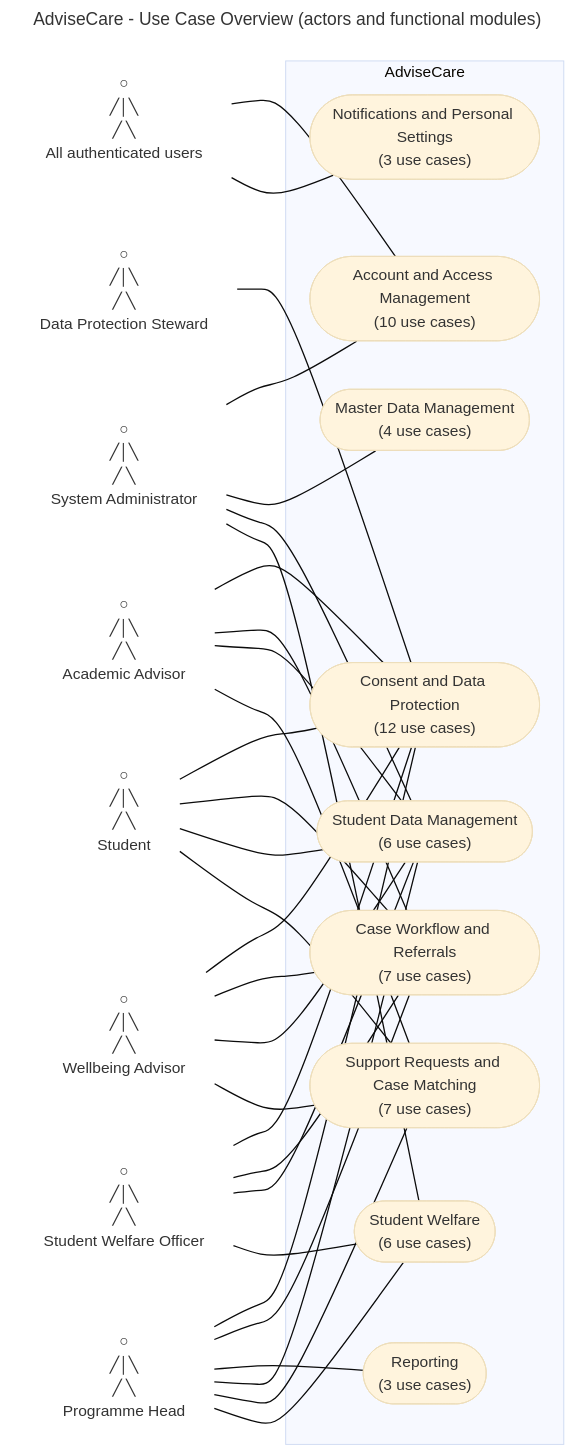
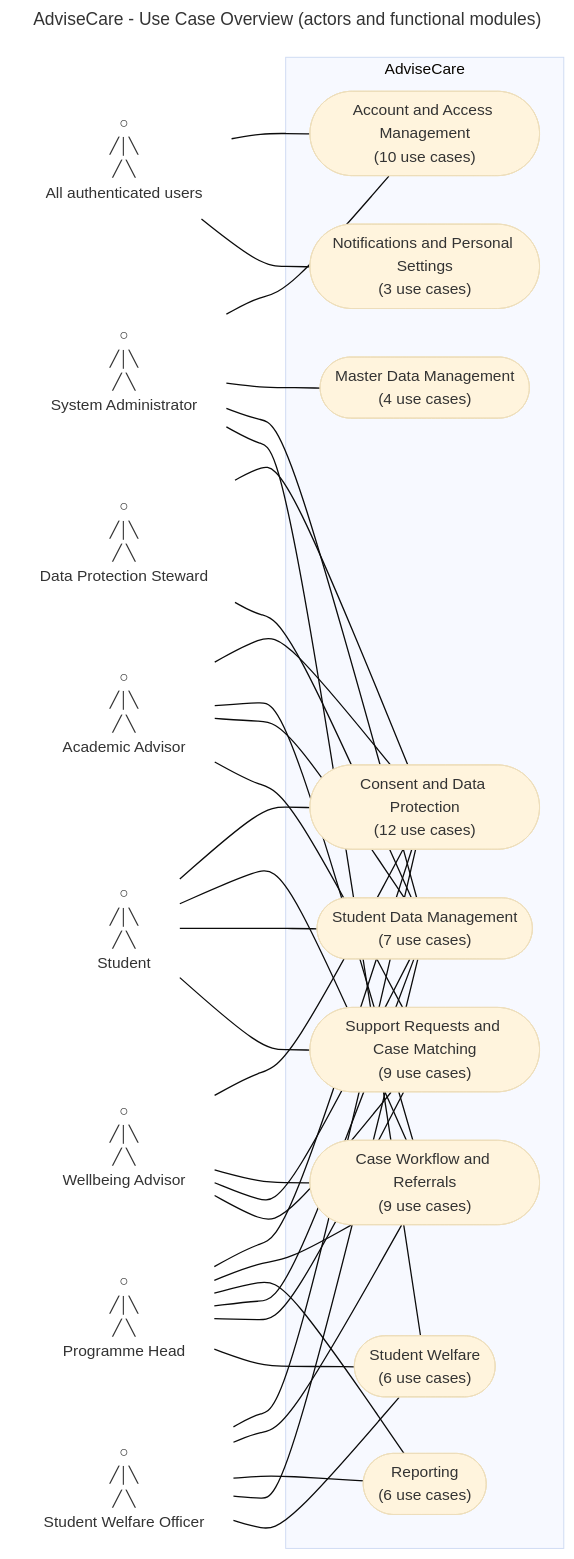
One commit to DanieLsvenn/AdviseCare changed the diagram in Mermaid/Report 3/Use Case/Use_Case_0_Overview.mmd. Above: the diagram before and after it, drawn with Mermaid (base theme). The commit also changed 131 other files, not shown here.

```diff
--- a/Mermaid/Report 3/Use Case/Use_Case_0_Overview.mmd
+++ b/Mermaid/Report 3/Use Case/Use_Case_0_Overview.mmd
@@ -1,55 +1,57 @@
 ---
 title: AdviseCare - Use Case Overview (actors and functional modules)
 ---
 flowchart LR
     ALL["○<br/>╱│╲<br/>╱ ╲<br/>All authenticated users"]
     ADM["○<br/>╱│╲<br/>╱ ╲<br/>System Administrator"]
     STW["○<br/>╱│╲<br/>╱ ╲<br/>Data Protection Steward"]
     AA["○<br/>╱│╲<br/>╱ ╲<br/>Academic Advisor"]
     WA["○<br/>╱│╲<br/>╱ ╲<br/>Wellbeing Advisor"]
     SWO["○<br/>╱│╲<br/>╱ ╲<br/>Student Welfare Officer"]
     STU["○<br/>╱│╲<br/>╱ ╲<br/>Student"]
     PH["○<br/>╱│╲<br/>╱ ╲<br/>Programme Head"]
     subgraph SYS["AdviseCare"]
         ACC(["Account and Access Management<br/>(10 use cases)"])
         MST(["Master Data Management<br/>(4 use cases)"])
         NTF(["Notifications and Personal Settings<br/>(3 use cases)"])
         CON(["Consent and Data Protection<br/>(12 use cases)"])
-        SDA(["Student Data Management<br/>(6 use cases)"])
-        SUP(["Support Requests and Case Matching<br/>(7 use cases)"])
-        CWF(["Case Workflow and Referrals<br/>(7 use cases)"])
+        SDA(["Student Data Management<br/>(7 use cases)"])
+        SUP(["Support Requests and Case Matching<br/>(9 use cases)"])
+        CWF(["Case Workflow and Referrals<br/>(9 use cases)"])
         WEL(["Student Welfare<br/>(6 use cases)"])
-        RPT(["Reporting<br/>(3 use cases)"])
+        RPT(["Reporting<br/>(6 use cases)"])
     end
     AA --- CON
     AA --- CWF
     AA --- SDA
     AA --- SUP
     ADM --- ACC
     ADM --- MST
     ADM --- SDA
     ADM --- WEL
     ALL --- ACC
     ALL --- NTF
     PH --- CON
     PH --- CWF
     PH --- RPT
     PH --- SDA
     PH --- SUP
     PH --- WEL
     STU --- CON
     STU --- CWF
     STU --- SDA
     STU --- SUP
     STW --- CON
+    STW --- SDA
     SWO --- CON
     SWO --- CWF
+    SWO --- RPT
     SWO --- SDA
     SWO --- WEL
     WA --- CON
     WA --- CWF
     WA --- SDA
     WA --- SUP
     linkStyle default stroke-width: 1pt;
     classDef actor fill:transparent,stroke:transparent,stroke-width:0px;
     class ALL,ADM,STW,AA,WA,SWO,STU,PH actor;
```
